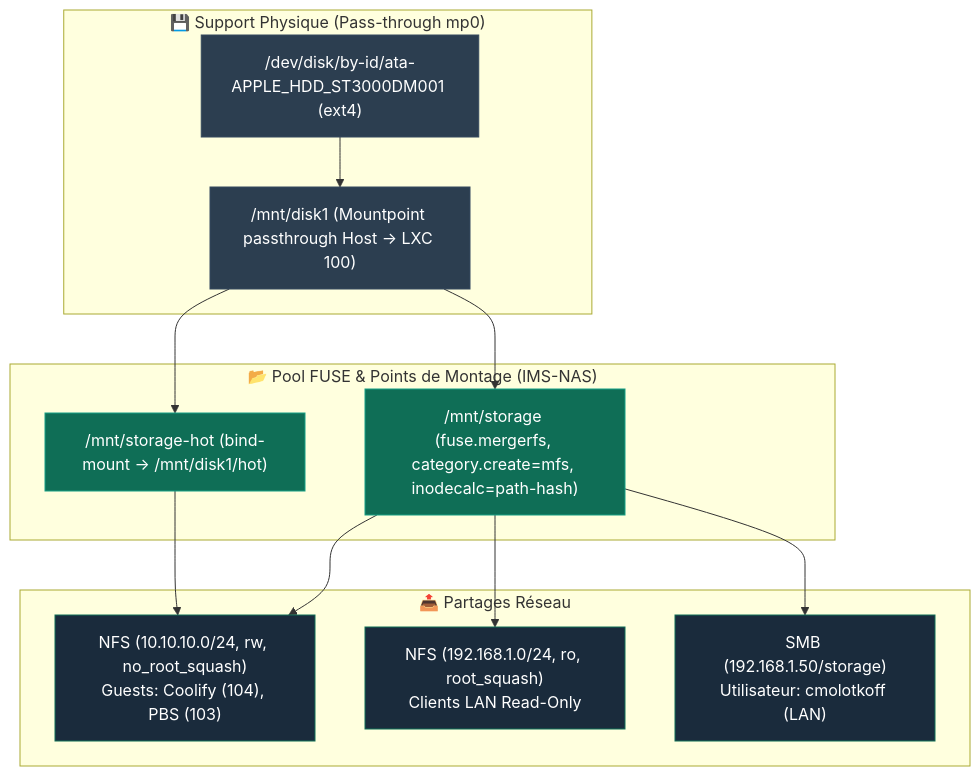
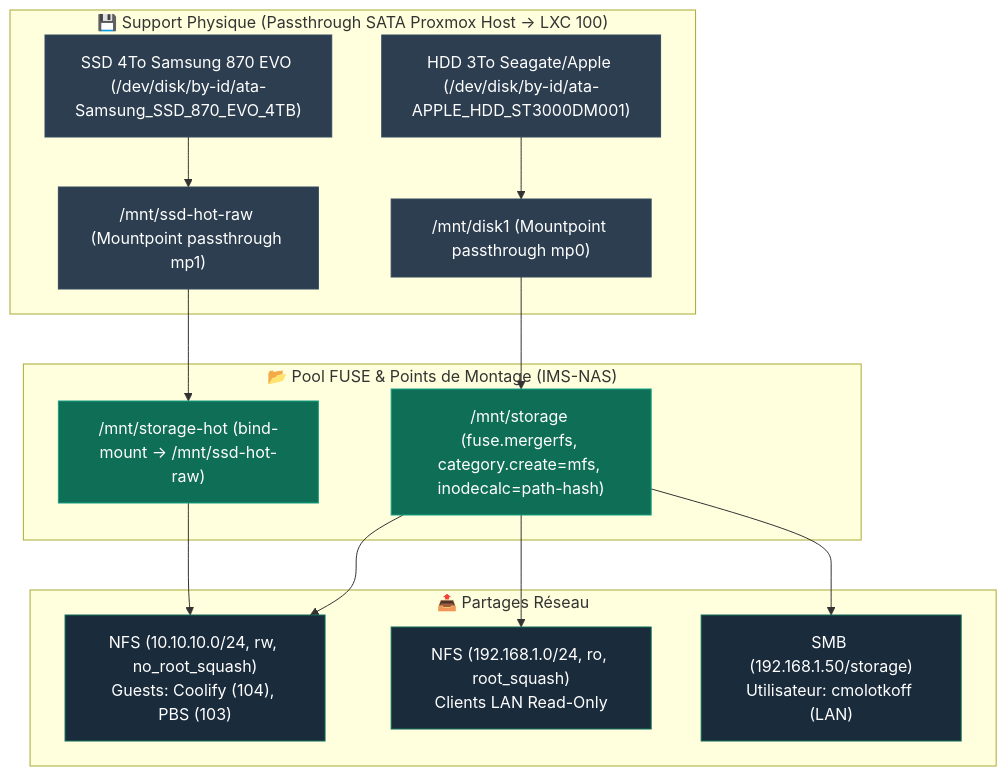
One commit to ims-world/docs changed the diagram in infrastructure/ims-nas.md. Above: the diagram before and after it, drawn with Mermaid. The commit also changed other lines of this file and 3 other files, not shown here.

````diff
--- a/infrastructure/ims-nas.md
+++ b/infrastructure/ims-nas.md
@@ -61,34 +59,37 @@
 ```mermaid
 graph TB
-    subgraph DISK ["💾 Support Physique (Pass-through mp0)"]
-        PHYS_DISK["/dev/disk/by-id/ata-APPLE_HDD_ST3000DM001 (ext4)"]
-        MP0["/mnt/disk1 (Mountpoint passthrough Host -> LXC 100)"]
+    subgraph DISK ["💾 Support Physique (Passthrough SATA Proxmox Host -> LXC 100)"]
+        PHYS_HDD["HDD 3To Seagate/Apple (/dev/disk/by-id/ata-APPLE_HDD_ST3000DM001)"]
+        MP0["/mnt/disk1 (Mountpoint passthrough mp0)"]
+        PHYS_SSD["SSD 4To Samsung 870 EVO (/dev/disk/by-id/ata-Samsung_SSD_870_EVO_4TB)"]
+        MP1["/mnt/ssd-hot-raw (Mountpoint passthrough mp1)"]
     end
 
     subgraph FUSE ["📂 Pool FUSE & Points de Montage (IMS-NAS)"]
         MPOOL["/mnt/storage (fuse.mergerfs, category.create=mfs, inodecalc=path-hash)"]
-        HOT["/mnt/storage-hot (bind-mount -> /mnt/disk1/hot)"]
+        HOT["/mnt/storage-hot (bind-mount -> /mnt/ssd-hot-raw)"]
     end
 
     subgraph EXPORTS ["📤 Partages Réseau"]
         NFS_RW["NFS (10.10.10.0/24, rw, no_root_squash)\nGuests: Coolify (104), PBS (103)"]
         NFS_RO["NFS (192.168.1.0/24, ro, root_squash)\nClients LAN Read-Only"]
         SMB_SHARE["SMB (192.168.1.50/storage)\nUtilisateur: cmolotkoff (LAN)"]
     end
 
-    PHYS_DISK --> MP0
+    PHYS_HDD --> MP0
+    PHYS_SSD --> MP1
     MP0 --> MPOOL
-    MP0 --> HOT
+    MP1 --> HOT
 
     MPOOL --> NFS_RW
     MPOOL --> NFS_RO
     MPOOL --> SMB_SHARE
     HOT --> NFS_RW
 
     classDef disk fill:#2c3e50,stroke:#34495e,color:#fff;
     classDef fuse fill:#0F6E56,stroke:#16A085,color:#fff;
     classDef export fill:#1a2b3c,stroke:#0F6E56,color:#fff;
-    class PHYS_DISK,MP0 disk;
+    class PHYS_HDD,PHYS_SSD,MP0,MP1 disk;
     class MPOOL,HOT fuse;
     class NFS_RW,NFS_RO,SMB_SHARE export;
 ```
````
